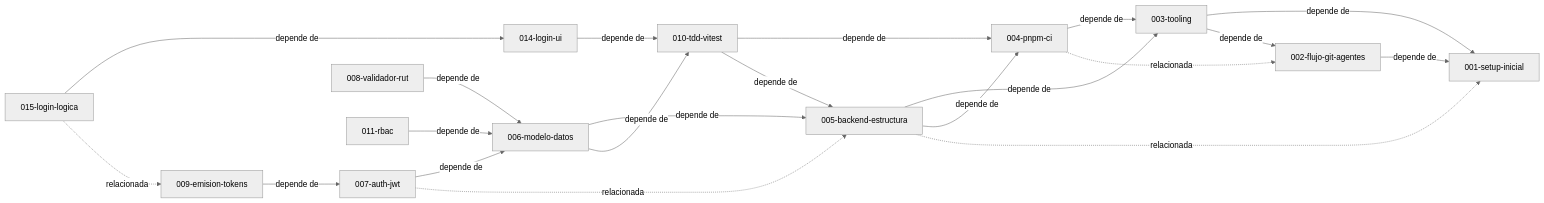
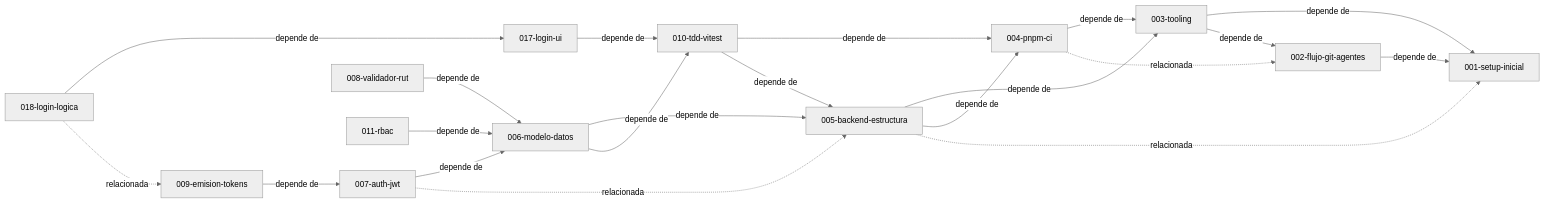
Before and after one commit to DavidSlva/financial-risk-manager: the diagram in docs/specs/README.md, drawn with Mermaid (neutral theme). The commit also changed other lines of this file and 8 other files, not shown here.

````diff
--- a/docs/specs/README.md
+++ b/docs/specs/README.md
@@ -25,36 +25,36 @@
 ```mermaid
 graph LR
   S001[001-setup-inicial]
   S002[002-flujo-git-agentes]
   S003[003-tooling]
   S004[004-pnpm-ci]
   S005[005-backend-estructura]
   S006[006-modelo-datos]
   S007[007-auth-jwt]
   S008[008-validador-rut]
   S009[009-emision-tokens]
   S010[010-tdd-vitest]
   S011[011-rbac]
-  S014[014-login-ui]
-  S015[015-login-logica]
+  S014[017-login-ui]
+  S015[018-login-logica]
   S002 -->|depende de| S001
   S003 -->|depende de| S001
   S003 -->|depende de| S002
   S004 -->|depende de| S003
   S004 -.->|relacionada| S002
   S005 -->|depende de| S003
   S005 -->|depende de| S004
   S005 -.->|relacionada| S001
   S006 -->|depende de| S005
   S006 -->|depende de| S010
   S007 -->|depende de| S006
   S007 -.->|relacionada| S005
   S008 -->|depende de| S006
   S009 -->|depende de| S007
   S010 -->|depende de| S004
   S010 -->|depende de| S005
   S011 -->|depende de| S006
   S014 -->|depende de| S010
   S015 -->|depende de| S014
   S015 -.->|relacionada| S009
 ```
````
